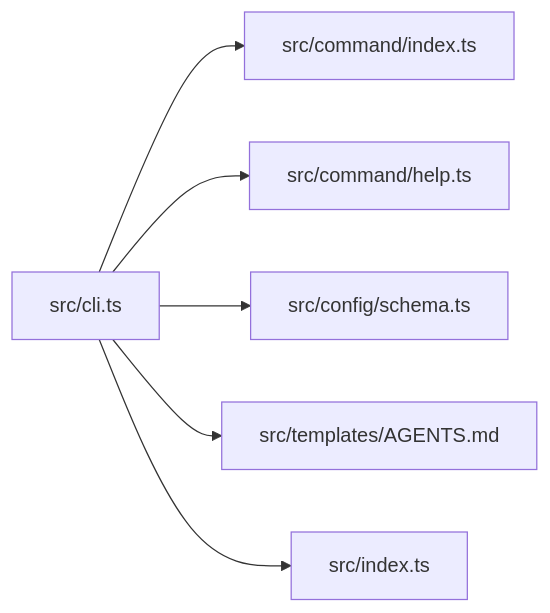
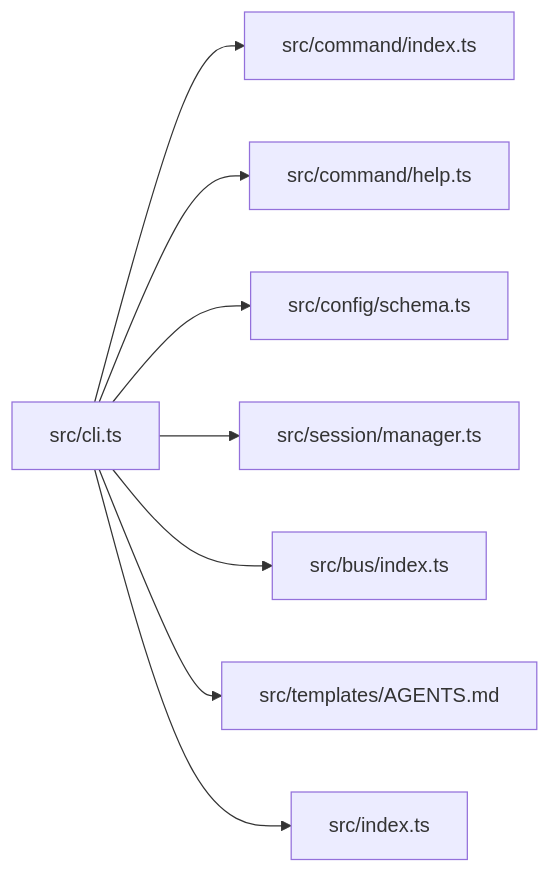
Before and after one commit to neciszhang/batbot: the seventh of 7 diagrams in .qoder/repowiki/zh/content/命令参考手册/代理命令 (agent).md, drawn with Mermaid. The commit also changed other lines of this file and 13 other files, not shown here.

````diff
--- a/.qoder/repowiki/zh/content/命令参考手册/代理命令 (agent).md
+++ b/.qoder/repowiki/zh/content/命令参考手册/代理命令 (agent).md
@@ -244,8 +351,10 @@
 ```mermaid
 graph LR
 CLI["src/cli.ts"] --> CMD["src/command/index.ts"]
 CLI --> HELP["src/command/help.ts"]
 CLI --> CFG["src/config/schema.ts"]
+CLI --> SES["src/session/manager.ts"]
+CLI --> BUS["src/bus/index.ts"]
 CLI --> TPL["src/templates/AGENTS.md"]
 CLI --> VER["src/index.ts"]
 ```
````
